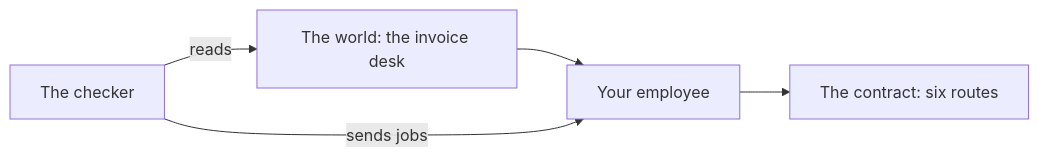
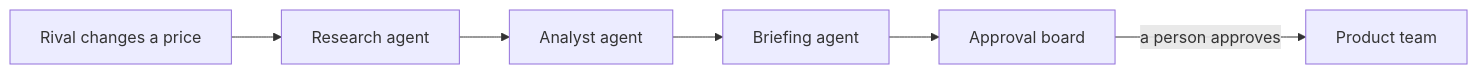
The diagram in README.md (learnwithparam/agentic-ai-buildcamp), drawn with Mermaid before and after one commit. The commit also changed other lines of this file and 15 other files, not shown here.

Commit message:
Add glossary, stuck, distinct and mermaid checks, content and verify contracts, rewrite README and SUBMIT

````diff
--- a/README.md
+++ b/README.md
@@ -80,7 +16,8 @@
 ```mermaid
 flowchart LR
-  World[The world: the invoice desk] --> Employee[Your employee]
-  Employee --> Contract[The contract: six routes]
-  Checker[The checker] -->|sends jobs| Employee
-  Checker -->|reads| World
+  Rival[Rival changes a price] --> Research[Research agent]
+  Research --> Analyst[Analyst agent]
+  Analyst --> Briefing[Briefing agent]
+  Briefing --> Board[Approval board]
+  Board -->|a person approves| Team[Product team]
 ```
````
